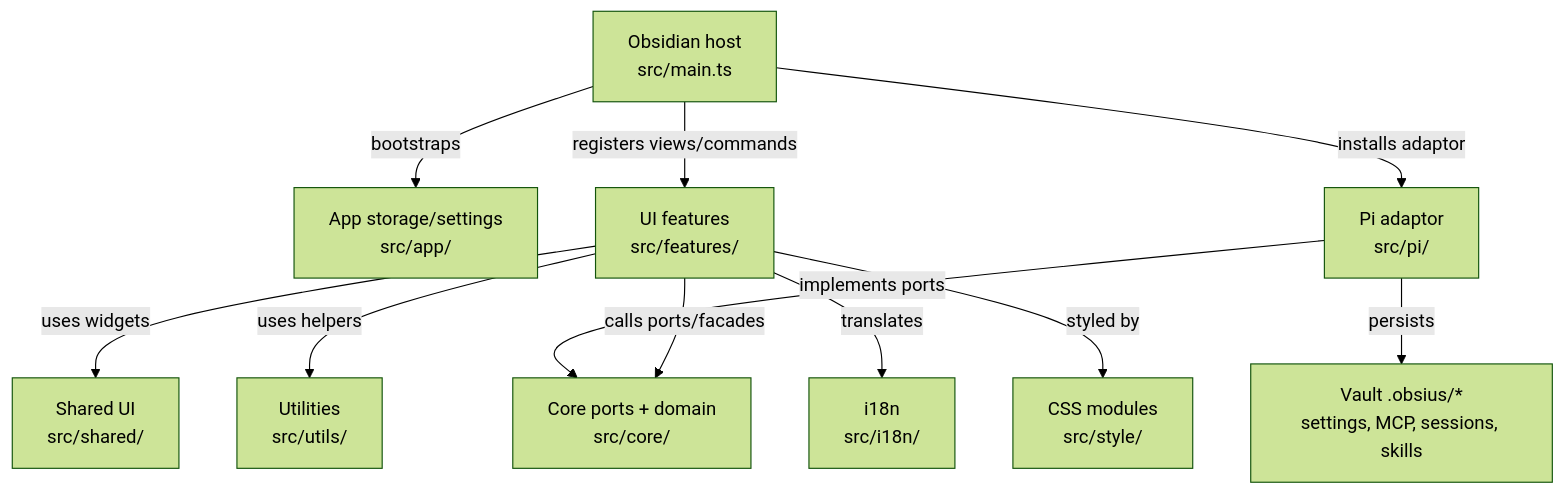
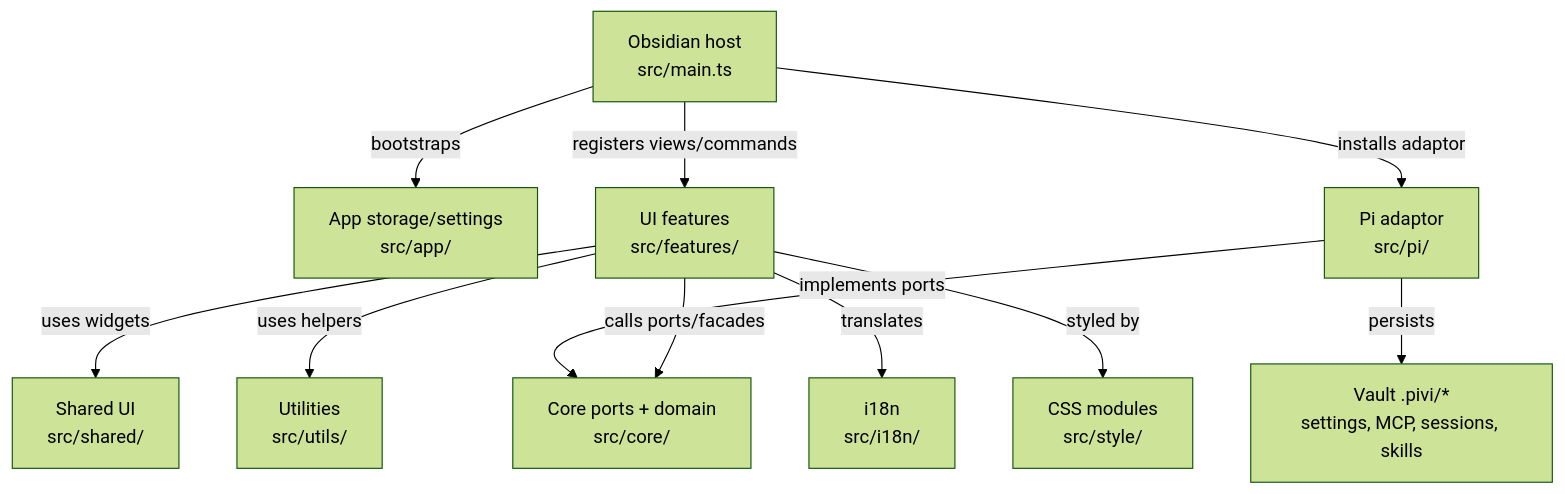
The first of 2 diagrams in AGENTS.md (shuuul/obsidian-pivi), drawn with Mermaid (forest theme) before and after one commit. The commit also changed other lines of this file and 283 other files, not shown here.

First line of the commit message:
feat(plugin)!: rename Obsius to Pivi

````diff
--- a/AGENTS.md
+++ b/AGENTS.md
@@ -89,13 +89,13 @@
 ```mermaid
 flowchart TD
   Host["Obsidian host<br/>src/main.ts"] -- "bootstraps" --> App["App storage/settings<br/>src/app/"]
   Host -- "registers views/commands" --> Features["UI features<br/>src/features/"]
   Host -- "installs adaptor" --> Pi["Pi adaptor<br/>src/pi/"]
   Features -- "calls ports/facades" --> Core["Core ports + domain<br/>src/core/"]
   Pi -- "implements ports" --> Core
-  Pi -- "persists" --> Vault["Vault .obsius/*<br/>settings, MCP, sessions, skills"]
+  Pi -- "persists" --> Vault["Vault .pivi/*<br/>settings, MCP, sessions, skills"]
   Features -- "uses widgets" --> Shared["Shared UI<br/>src/shared/"]
   Features -- "uses helpers" --> Utils["Utilities<br/>src/utils/"]
   Features -- "translates" --> I18n["i18n<br/>src/i18n/"]
   Features -- "styled by" --> Style["CSS modules<br/>src/style/"]
 ```
````
